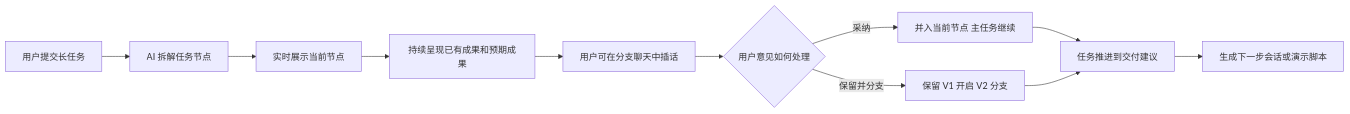
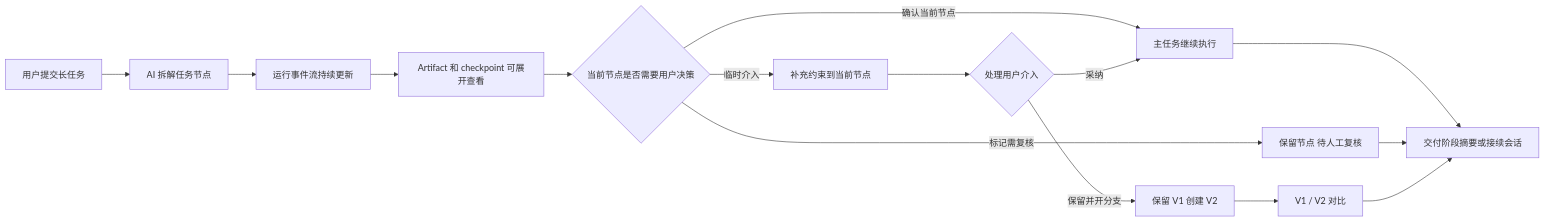
The diagram in docs/demo-map.md (hummmmmm122-ui/ai-long-task-runtime-demo), drawn with Mermaid before and after one commit. The commit also changed other lines of this file and 8 other files, not shown here.

````diff
--- a/docs/demo-map.md
+++ b/docs/demo-map.md
@@ -5,13 +5,17 @@
 ```mermaid
 flowchart LR
   A[用户提交长任务] --> B[AI 拆解任务节点]
-  B --> C[实时展示当前节点]
-  C --> D[持续呈现已有成果和预期成果]
-  D --> E[用户可在分支聊天中插话]
-  E --> F{用户意见如何处理}
-  F -->|采纳| G[并入当前节点 主任务继续]
-  F -->|保留并分支| H[保留 V1 开启 V2 分支]
-  G --> I[任务推进到交付建议]
-  H --> I
-  I --> J[生成下一步会话或演示脚本]
+  B --> C[运行事件流持续更新]
+  C --> D[Artifact 和 checkpoint 可展开查看]
+  D --> E{当前节点是否需要用户决策}
+  E -->|确认当前节点| F[主任务继续执行]
+  E -->|标记需复核| G[保留节点 待人工复核]
+  E -->|临时介入| H[补充约束到当前节点]
+  H --> I{处理用户介入}
+  I -->|采纳| F
+  I -->|保留并开分支| J[保留 V1 创建 V2]
+  J --> K[V1 / V2 对比]
+  F --> L[交付阶段摘要或接续会话]
+  G --> L
+  K --> L
 ```
````
